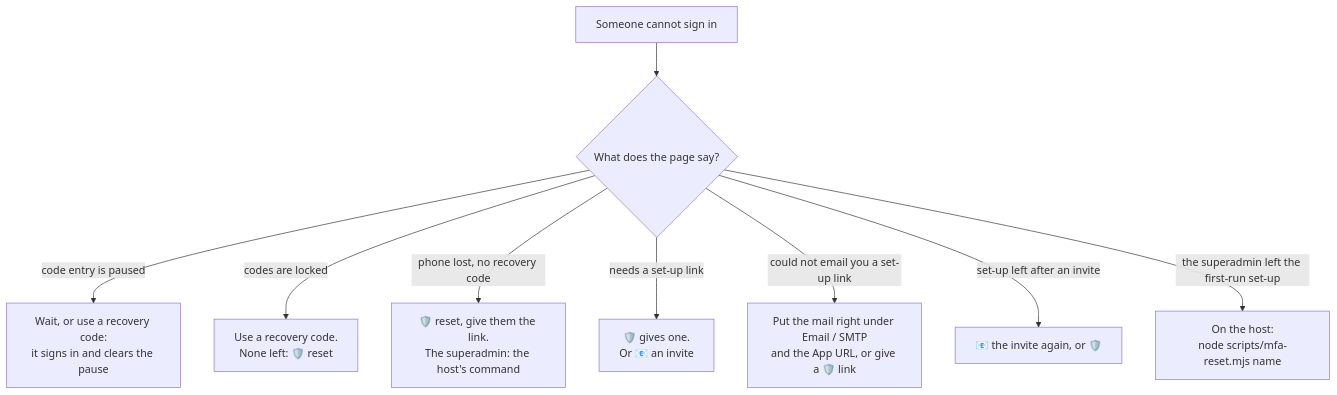
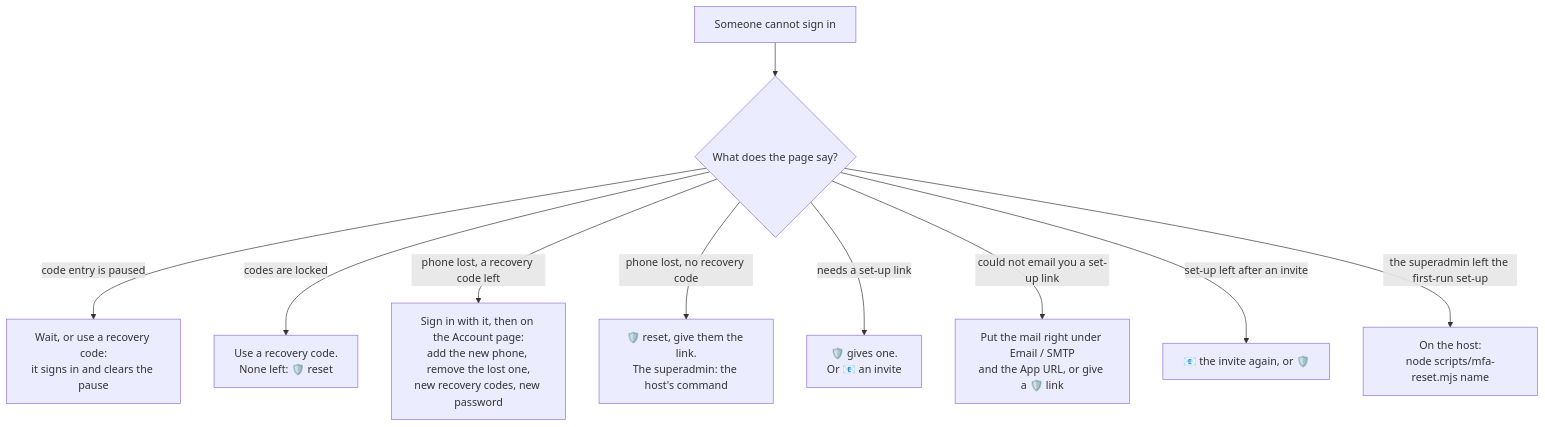
One commit to gitBoon/DumpFire changed the seventh of 22 diagrams in docs/admin-guide.md. Above: the diagram before and after it, drawn with Mermaid. The commit also changed other lines of this file and 63 other files, not shown here.

````diff
--- a/docs/admin-guide.md
+++ b/docs/admin-guide.md
@@ -353,11 +365,12 @@
 ```mermaid
 flowchart TD
     Q["Someone cannot sign in"] --> W{"What does the page say?"}
     W -->|"code entry is paused"| P["Wait, or use a recovery code:<br/>it signs in and clears the pause"]
     W -->|"codes are locked"| R["Use a recovery code.<br/>None left: 🛡️ reset"]
+    W -->|"phone lost, a recovery code left"| Self["Sign in with it, then on the Account page:<br/>add the new phone, remove the lost one,<br/>new recovery codes, new password"]
     W -->|"phone lost, no recovery code"| S["🛡️ reset, give them the link.<br/>The superadmin: the host's command"]
     W -->|"needs a set-up link"| T["🛡️ gives one.<br/>Or 📧 an invite"]
     W -->|"could not email you a set-up link"| U["Put the mail right under Email / SMTP<br/>and the App URL, or give a 🛡️ link"]
     W -->|"set-up left after an invite"| V["📧 the invite again, or 🛡️"]
     W -->|"the superadmin left the first-run set-up"| X["On the host:<br/>node scripts/mfa-reset.mjs name"]
 ```
````
